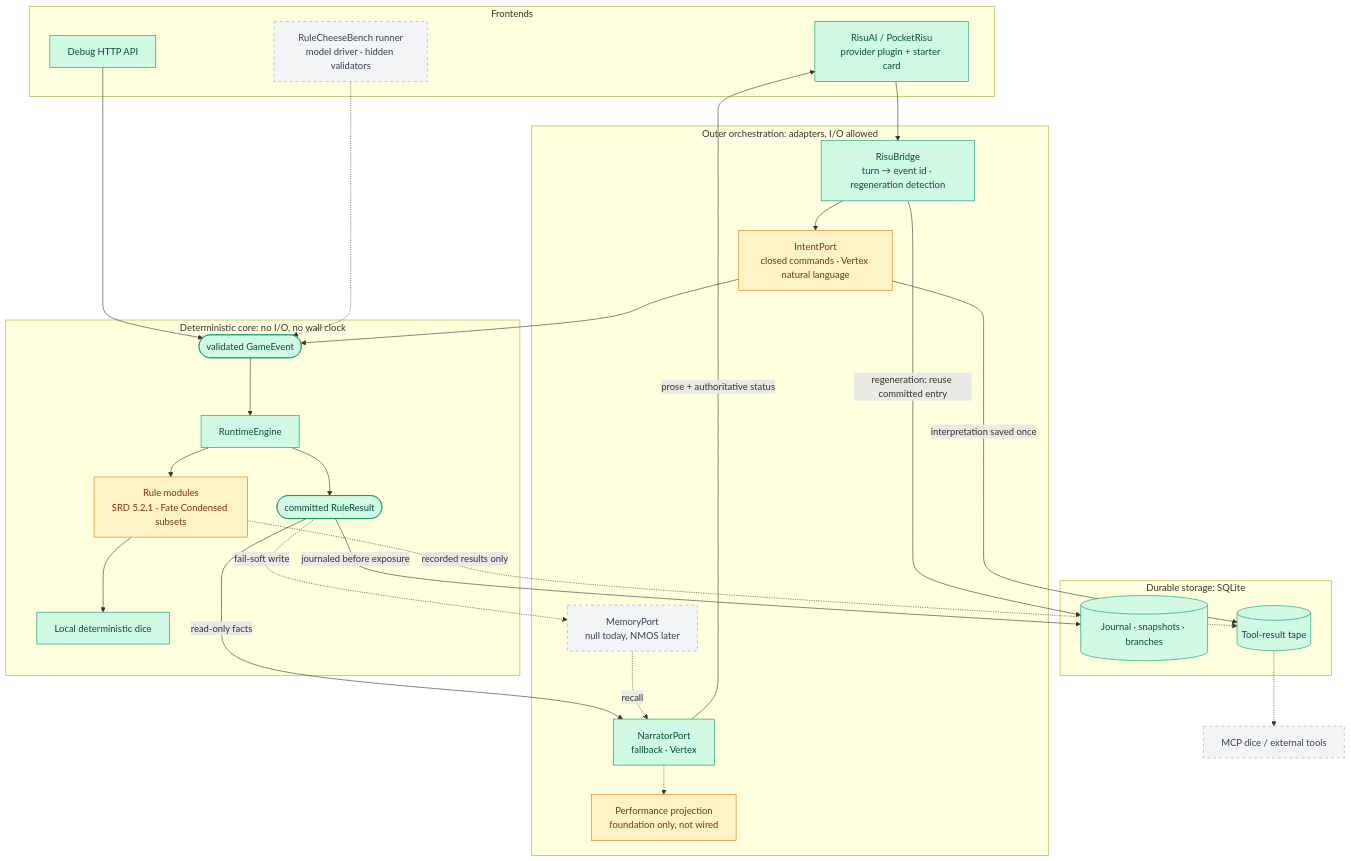
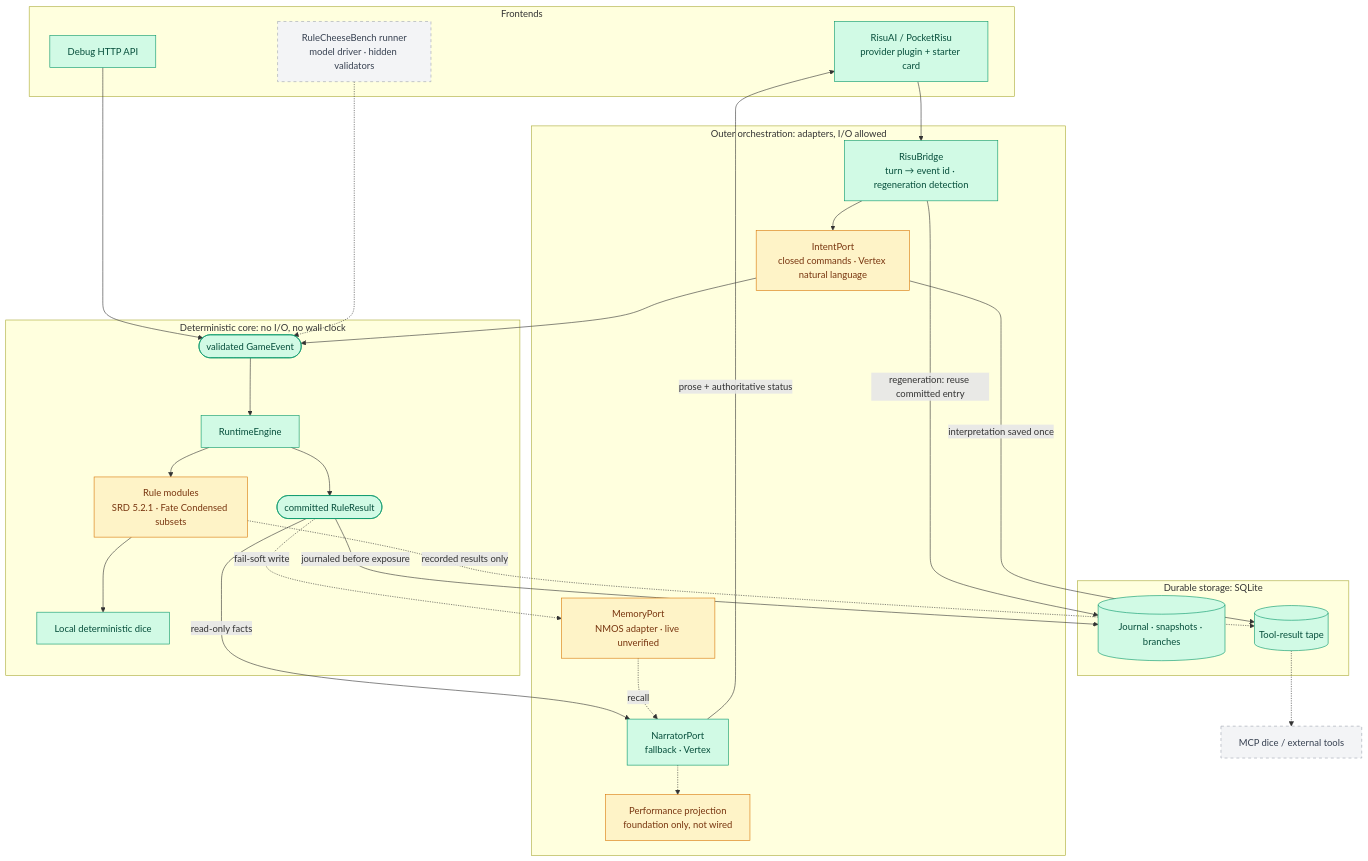
The first of 2 diagrams in README.md (Sallos725/SAGA), drawn with Mermaid before and after one commit. The commit also changed other lines of this file and 14 other files, not shown here.

First line of the commit message:
feat: bind the NMOS sidecar behind MemoryPort, fail-soft

````diff
--- a/README.md
+++ b/README.md
@@ -33,51 +33,51 @@
 ```mermaid
 flowchart TD
     subgraph FE["Frontends"]
         risu["RisuAI / PocketRisu<br/>provider plugin + starter card"]:::done
         http["Debug HTTP API"]:::done
         bench["RuleCheeseBench runner<br/>model driver · hidden validators"]:::planned
     end
 
     subgraph OUT["Outer orchestration: adapters, I/O allowed"]
         bridge["RisuBridge<br/>turn → event id · regeneration detection"]:::done
         intent["IntentPort<br/>closed commands · Vertex natural language"]:::partial
         narr["NarratorPort<br/>fallback · Vertex"]:::done
-        mem["MemoryPort<br/>null today, NMOS later"]:::planned
+        mem["MemoryPort<br/>NMOS adapter · live unverified"]:::partial
         perf["Performance projection<br/>foundation only, not wired"]:::partial
     end
 
     subgraph CORE["Deterministic core: no I/O, no wall clock"]
         event(["validated GameEvent"]):::done
         engine["RuntimeEngine"]:::done
         rules["Rule modules<br/>SRD 5.2.1 · Fate Condensed subsets"]:::partial
         dice["Local deterministic dice"]:::done
         result(["committed RuleResult"]):::done
     end
 
     subgraph STORE["Durable storage: SQLite"]
         journal[("Journal · snapshots · branches")]:::done
         tape[("Tool-result tape")]:::done
     end
 
     mcp["MCP dice / external tools"]:::planned
 
     risu --> bridge --> intent --> event
     http --> event
     bench -.-> event
     event --> engine --> rules --> dice
     engine --> result
     result -- "journaled before exposure" --> journal
     intent -- "interpretation saved once" --> tape
     rules -. "recorded results only" .-> tape
     tape -.-> mcp
     bridge -- "regeneration: reuse committed entry" --> journal
     result -- "read-only facts" --> narr
     narr -- "prose + authoritative status" --> risu
     result -. "fail-soft write" .-> mem
     mem -. "recall" .-> narr
     narr -.-> perf
 
     classDef done fill:#d1fae5,stroke:#059669,color:#064e3b
     classDef partial fill:#fef3c7,stroke:#d97706,color:#78350f
     classDef planned fill:#f3f4f6,stroke:#9ca3af,color:#374151,stroke-dasharray: 5 5
 ```
````
